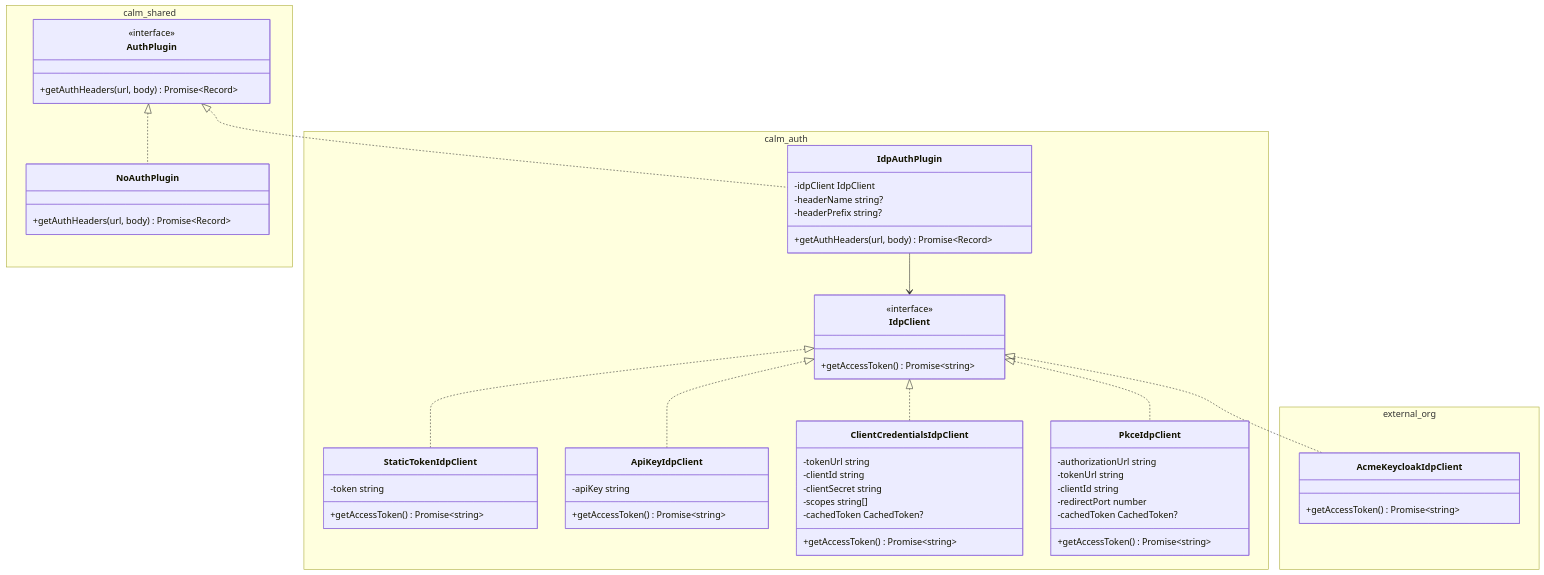
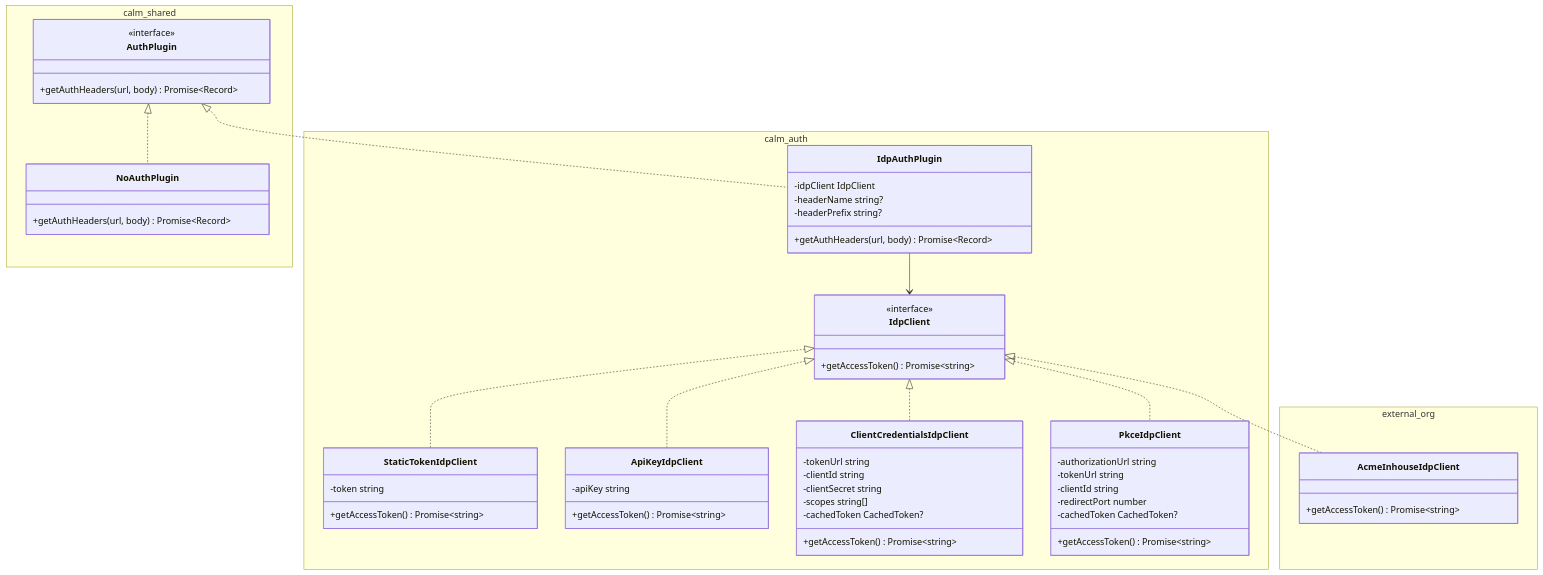
Before and after one commit to jimthompson5802/calm-web-repo: the third of 10 diagrams in docs/general-idp-authplugin-design.md, drawn with Mermaid. The commit also changed other lines of this file, not shown here.

````diff
--- a/docs/general-idp-authplugin-design.md
+++ b/docs/general-idp-authplugin-design.md
@@ -114,64 +112,64 @@
 ```mermaid
 classDiagram
     namespace calm_shared {
         class AuthPlugin {
             <<interface>>
             +getAuthHeaders(url, body) Promise~Record~
         }
         class NoAuthPlugin {
             +getAuthHeaders(url, body) Promise~Record~
         }
     }
 
     namespace calm_auth {
         class IdpClient {
             <<interface>>
             +getAccessToken() Promise~string~
         }
         class IdpAuthPlugin {
             -idpClient IdpClient
             -headerName string?
             -headerPrefix string?
             +getAuthHeaders(url, body) Promise~Record~
         }
         class StaticTokenIdpClient {
             -token string
             +getAccessToken() Promise~string~
         }
         class ApiKeyIdpClient {
             -apiKey string
             +getAccessToken() Promise~string~
         }
         class ClientCredentialsIdpClient {
             -tokenUrl string
             -clientId string
             -clientSecret string
             -scopes string[]
             -cachedToken CachedToken?
             +getAccessToken() Promise~string~
         }
         class PkceIdpClient {
             -authorizationUrl string
             -tokenUrl string
             -clientId string
             -redirectPort number
             -cachedToken CachedToken?
             +getAccessToken() Promise~string~
         }
     }
 
     namespace external_org {
-        class AcmeKeycloakIdpClient {
+        class AcmeInhouseIdpClient {
             +getAccessToken() Promise~string~
         }
     }
 
     AuthPlugin <|.. NoAuthPlugin
     AuthPlugin <|.. IdpAuthPlugin
     IdpClient <|.. StaticTokenIdpClient
     IdpClient <|.. ApiKeyIdpClient
     IdpClient <|.. ClientCredentialsIdpClient
     IdpClient <|.. PkceIdpClient
-    IdpClient <|.. AcmeKeycloakIdpClient
+    IdpClient <|.. AcmeInhouseIdpClient
     IdpAuthPlugin --> IdpClient
 ```
````
